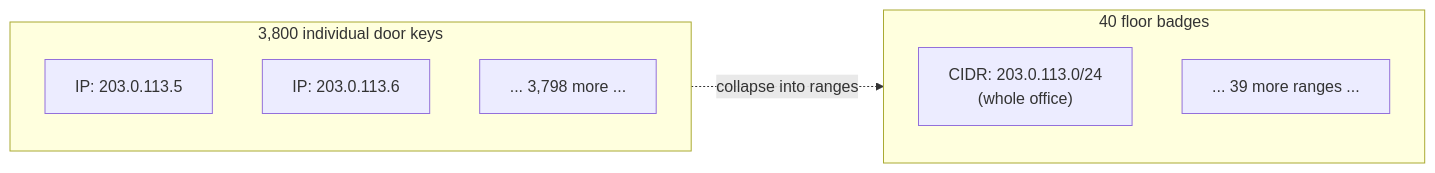
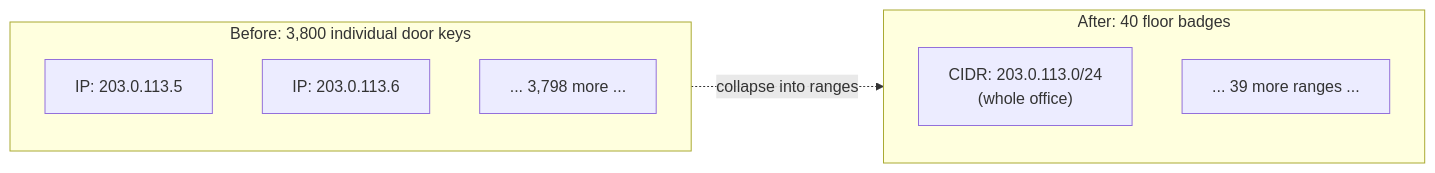
The second of 14 diagrams in system-design/HLD/0-course/46-Design-an-IP-Allowlist-Blocklist-Service-FAANG-Guide-story.md (riyaz-pasha/Learnings), drawn with Mermaid before and after one commit. The commit also changed other lines of this file and 1 other file, not shown here.

Commit message:
[REWRITE] IP Allowlist Blocklist Service story guide: simplify prose, add structure, fix diagrams

````diff
--- a/system-design/HLD/0-course/46-Design-an-IP-Allowlist-Blocklist-Service-FAANG-Guide-story.md
+++ b/system-design/HLD/0-course/46-Design-an-IP-Allowlist-Blocklist-Service-FAANG-Guide-story.md
@@ -44,13 +121,13 @@
 ```mermaid
 flowchart LR
-    subgraph Before["3,800 individual door keys"]
+    subgraph Before["Before: 3,800 individual door keys"]
         K1["IP: 203.0.113.5"]
         K2["IP: 203.0.113.6"]
         K3["... 3,798 more ..."]
     end
-    subgraph After["40 floor badges"]
-        B1["CIDR: 203.0.113.0/24\n(whole office)"]
+    subgraph After["After: 40 floor badges"]
+        B1["CIDR: 203.0.113.0/24<br/>(whole office)"]
         B2["... 39 more ranges ..."]
     end
     Before -.->|"collapse into ranges"| After
 ```
````
